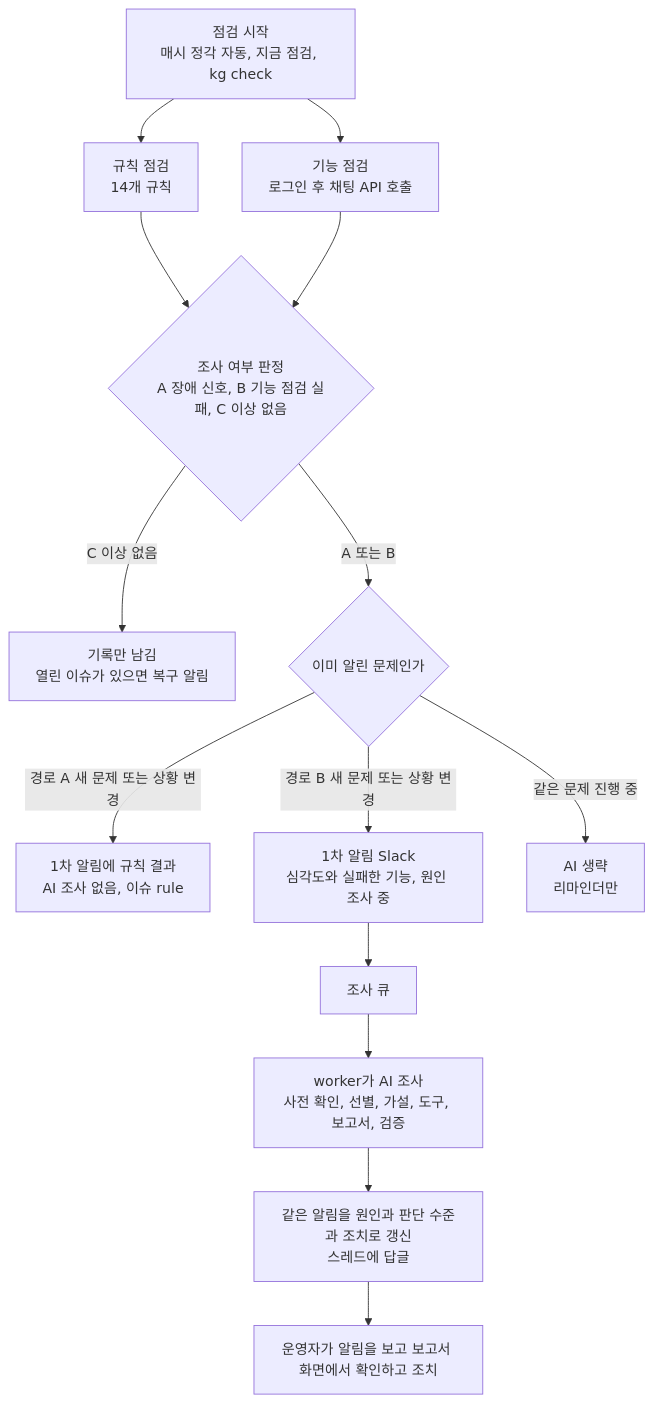
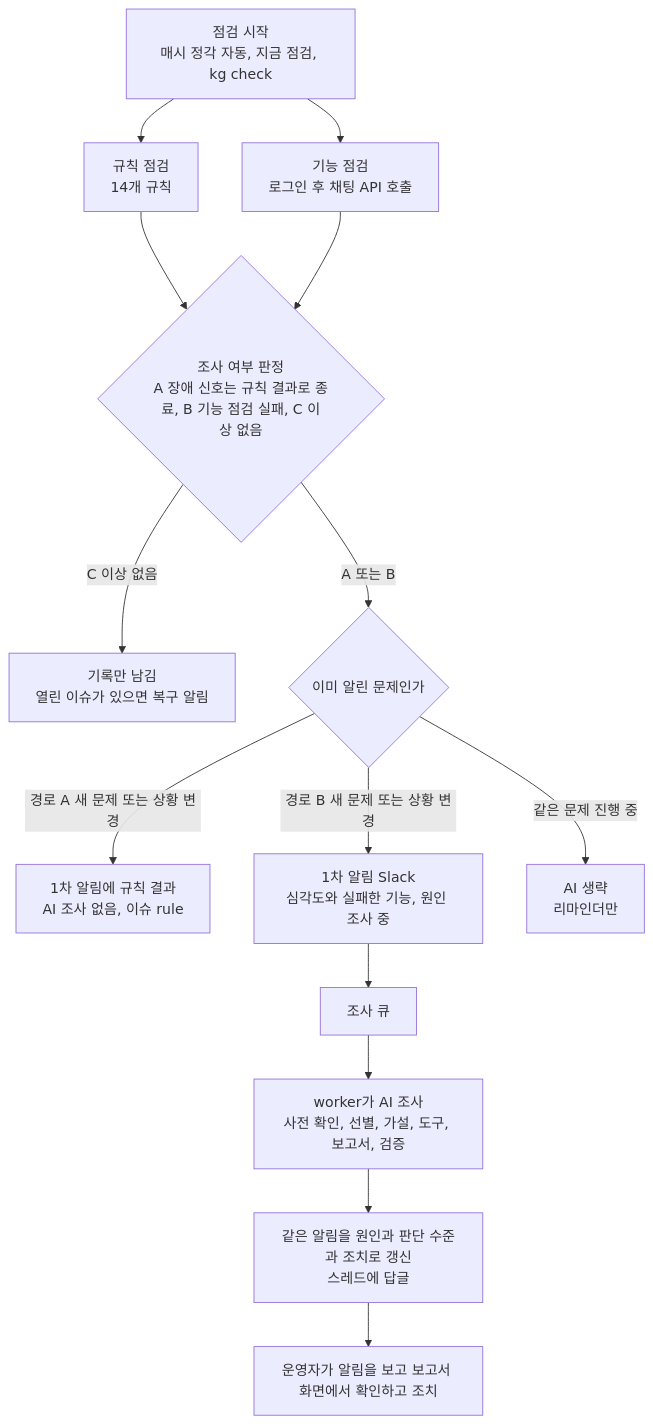
Before and after one commit to skax-jihyeryu/KubeGuardian: the second of 2 diagrams in docs/산출물/02-문제정의및서비스기획.md, drawn with Mermaid. The commit also changed other lines of this file and 8 other files, not shown here.

````diff
--- a/docs/산출물/02-문제정의및서비스기획.md
+++ b/docs/산출물/02-문제정의및서비스기획.md
@@ -54,16 +54,16 @@
 ```mermaid
 flowchart TB
     T[점검 시작<br/>매시 정각 자동, 지금 점검, kg check] --> R[규칙 점검<br/>14개 규칙]
     T --> S[기능 점검<br/>로그인 후 채팅 API 호출]
-    R --> G{조사 여부 판정<br/>A 장애 신호, B 기능 점검 실패, C 이상 없음}
+    R --> G{조사 여부 판정<br/>A 장애 신호는 규칙 결과로 종료, B 기능 점검 실패, C 이상 없음}
     S --> G
     G -->|C 이상 없음| OK[기록만 남김<br/>열린 이슈가 있으면 복구 알림]
     G -->|A 또는 B| D{이미 알린 문제인가}
     D -->|경로 A 새 문제 또는 상황 변경| RA[1차 알림에 규칙 결과<br/>AI 조사 없음, 이슈 rule]
     D -->|경로 B 새 문제 또는 상황 변경| N1[1차 알림 Slack<br/>심각도와 실패한 기능, 원인 조사 중]
     N1 --> Q[조사 큐]
     Q --> AI[worker가 AI 조사<br/>사전 확인, 선별, 가설, 도구, 보고서, 검증]
     AI --> N[같은 알림을 원인과 판단 수준과 조치로 갱신<br/>스레드에 답글]
     D -->|같은 문제 진행 중| RM[AI 생략<br/>리마인더만]
     N --> K[운영자가 알림을 보고 보고서 화면에서 확인하고 조치]
 ```
````
